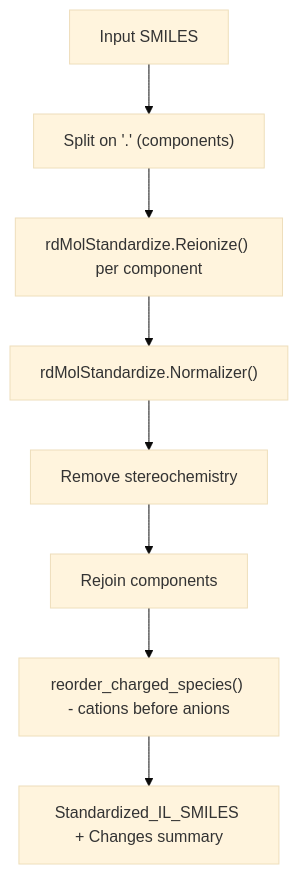
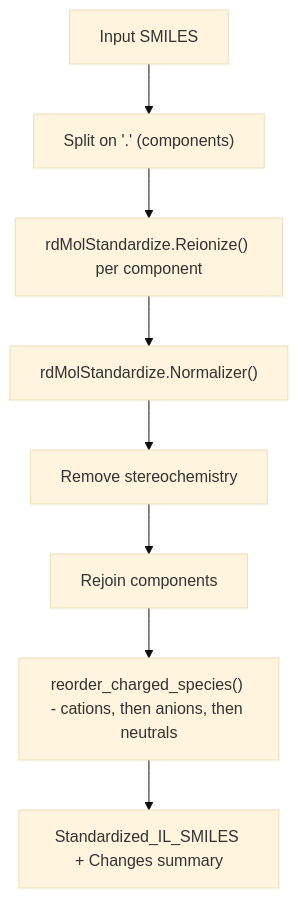
Before and after one commit to kammmran/qspr-il-density-refractive-index: the third of 4 diagrams in docs/engine.rst, drawn with Mermaid (base theme). The commit also changed 12 other files, not shown here.

```diff
--- a/docs/engine.rst
+++ b/docs/engine.rst
@@ -73,10 +73,10 @@
 .. mermaid::
 
    graph TD
        Input["Input SMILES"] --> Split["Split on '.' (components)"]
        Split --> Reion["rdMolStandardize.Reionize() per component"]
        Reion --> Norm["rdMolStandardize.Normalizer()"]
        Norm --> Stereo["Remove stereochemistry"]
        Stereo --> Rejoin["Rejoin components"]
-       Rejoin --> Reorder["reorder_charged_species() - cations before anions"]
+       Rejoin --> Reorder["reorder_charged_species() - cations, then anions, then neutrals"]
        Reorder --> Out["Standardized_IL_SMILES + Changes summary"]
```
